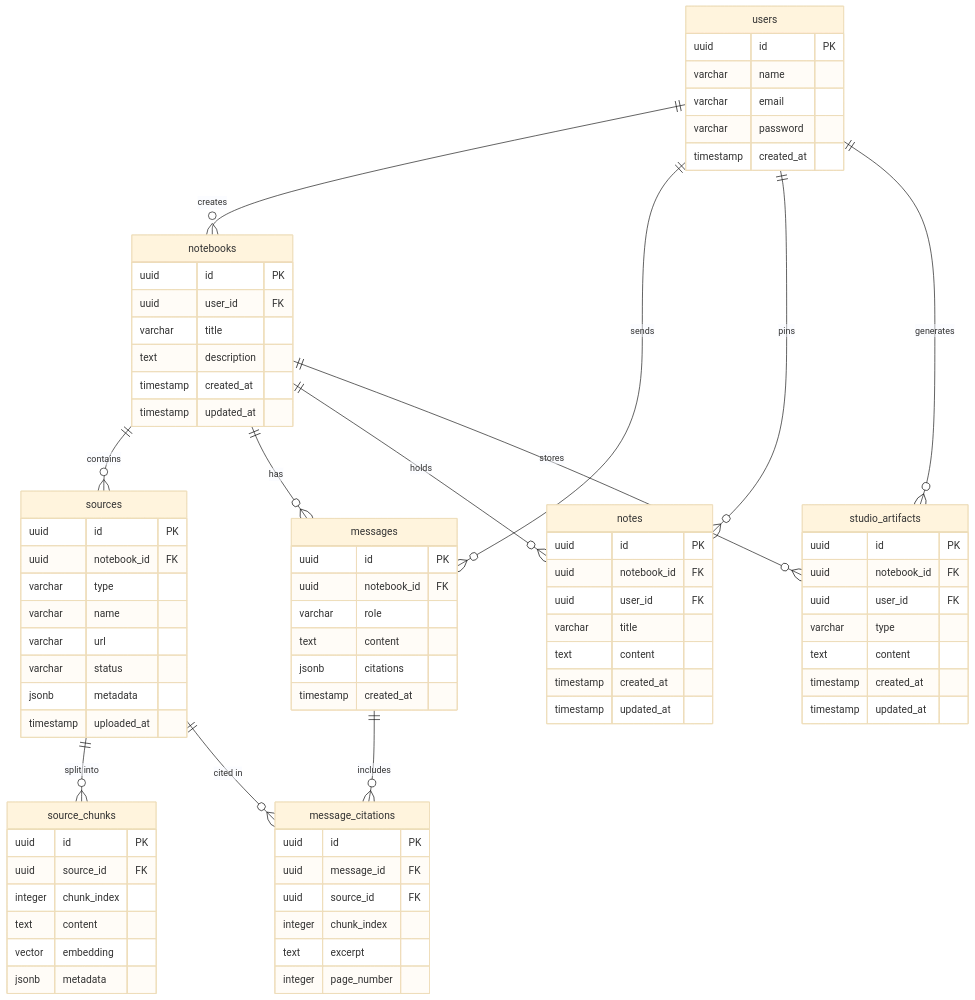
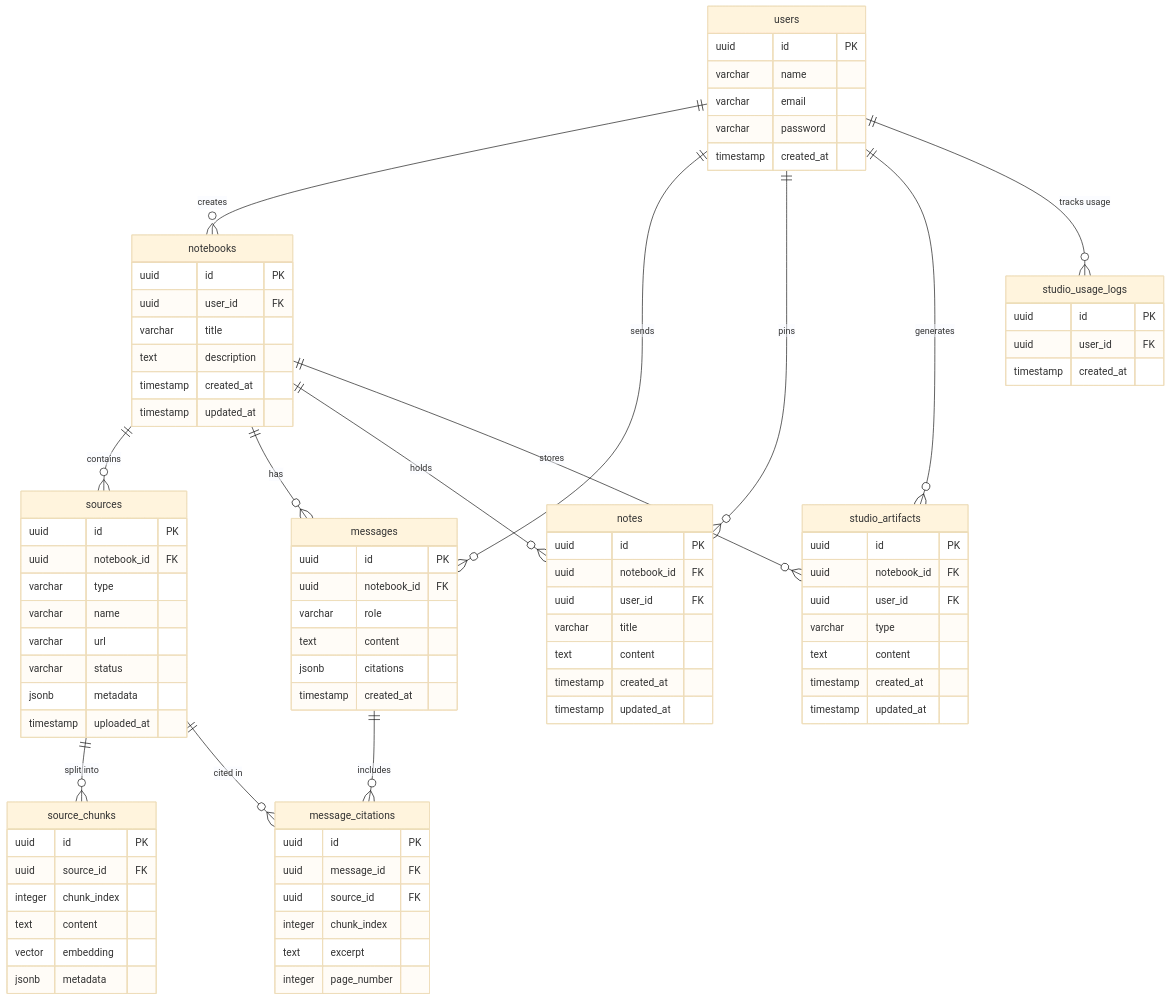
One commit to arunava2018/SourceMind changed the second of 2 diagrams in README.md. Above: the diagram before and after it, drawn with Mermaid (base theme). The commit also changed other lines of this file, not shown here.

Commit message:
feat: add AI credits rate limiting and usage tracking to README

````diff
--- a/README.md
+++ b/README.md
@@ -101,6 +103,7 @@
     users ||--o{ messages : "sends"
     users ||--o{ notes : "pins"
     users ||--o{ studio_artifacts : "generates"
+    users ||--o{ studio_usage_logs : "tracks usage"
     notebooks ||--o{ sources : "contains"
     notebooks ||--o{ messages : "has"
     notebooks ||--o{ notes : "holds"
@@ -176,4 +179,9 @@
         timestamp created_at
         timestamp updated_at
     }
+    studio_usage_logs {
+        uuid id PK
+        uuid user_id FK
+        timestamp created_at
+    }
 ```
````
